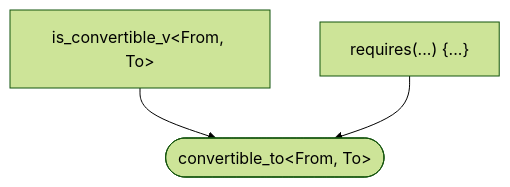
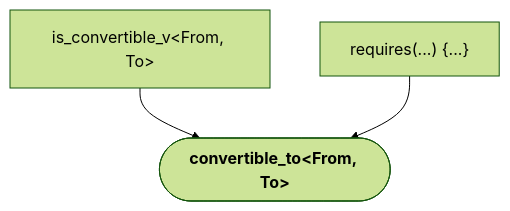
The first of 18 diagrams in README.md (yohhoy/cpp-concepts), drawn with Mermaid (forest theme) before and after one commit. The commit also changed other lines of this file, not shown here.

````diff
--- a/README.md
+++ b/README.md
@@ -7,6 +7,6 @@
 ```mermaid
 graph TD
     %% std::convertible_to<From, To>
-    is_convertible_v["is_convertible_v&lt;From, To&gt;"] --> convertible_to(["convertible_to&lt;From, To&gt;"]);
+    is_convertible_v["is_convertible_v&lt;From, To&gt;"] --> convertible_to(["<b>convertible_to&lt;From, To&gt;</b>"]);
     AC["requires(...) {...}"] --> convertible_to;
 ```
````
